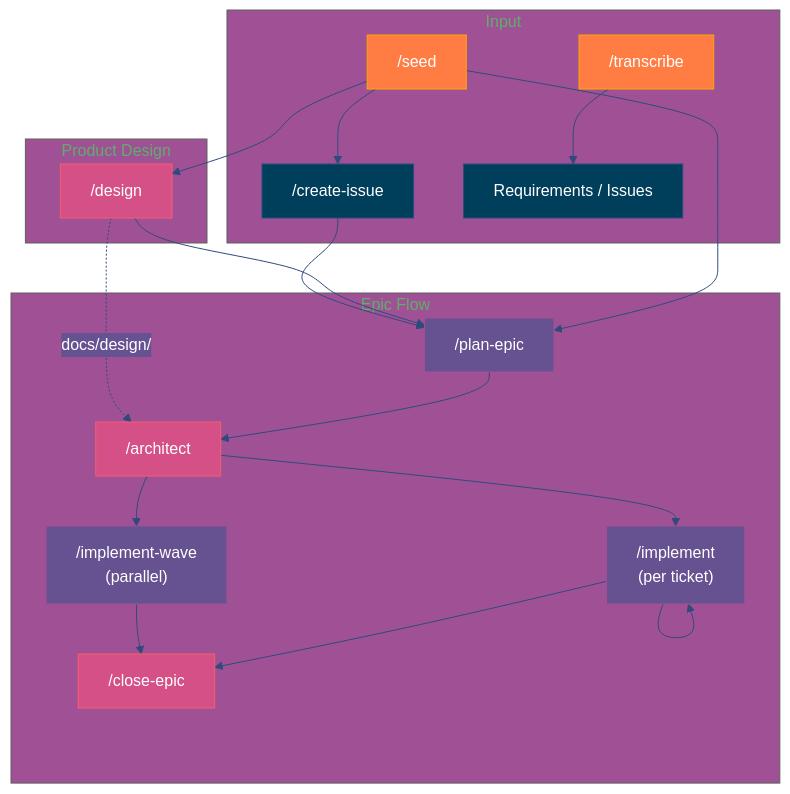
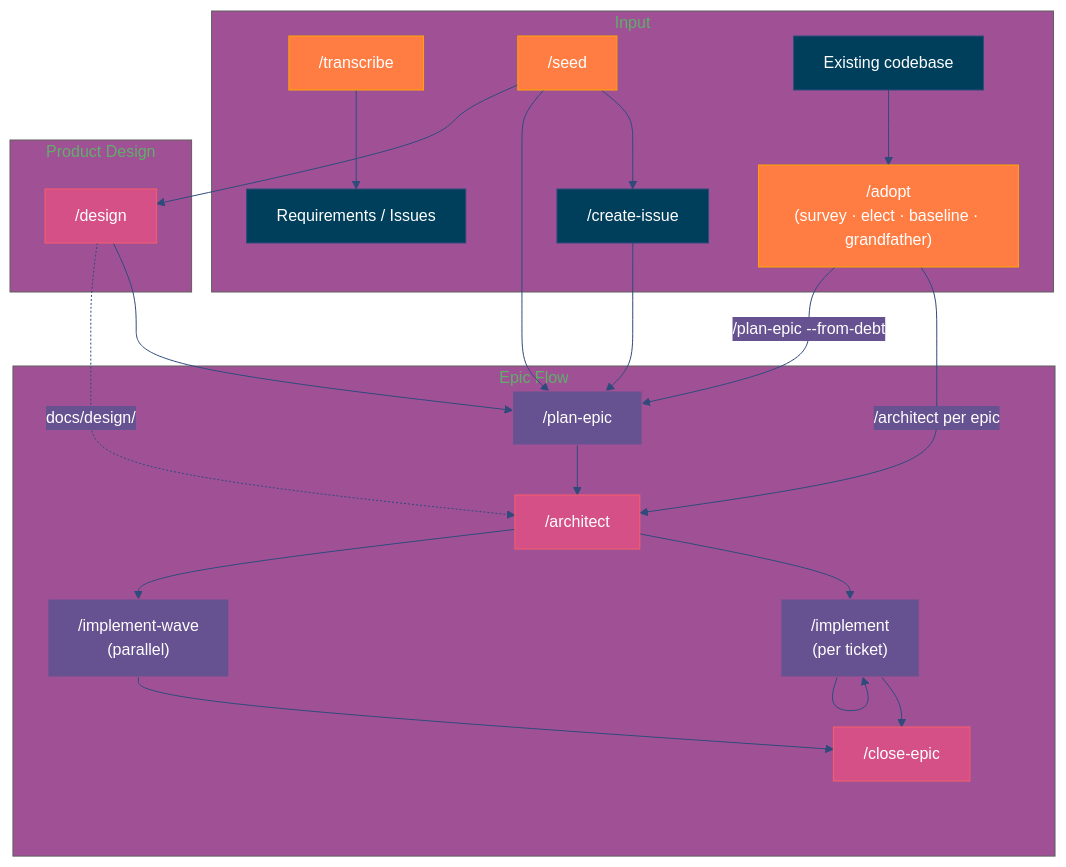
Before and after one commit to plwp/chief-wiggum: the first of 3 diagrams in README.md, drawn with Mermaid. The commit also changed other lines of this file and 14 other files, not shown here.

First line of the commit message:
feat(adopt): /adopt — brownfield entry arrow: survey, elect, real baseline, grandfathering with expiry (#215)

````diff
--- a/README.md
+++ b/README.md
@@ -120,41 +121,46 @@
 ```mermaid
 %%{init: {'theme': 'base', 'themeVariables': {'primaryColor': '#003f5c', 'primaryTextColor': '#fff', 'primaryBorderColor': '#2f4b7c', 'secondaryColor': '#665191', 'tertiaryColor': '#a05195', 'lineColor': '#2f4b7c', 'textColor': '#333'}}}%%
 graph TD
     subgraph "Input"
         A["/transcribe"]:::entry
         B["/seed"]:::entry
         C["/create-issue"]:::default
         D["Requirements / Issues"]:::default
+        X["Existing codebase"]:::default
+        AD["/adopt<br/>(survey · elect · baseline · grandfather)"]:::entry
     end
 
     subgraph "Product Design"
         N["/design"]:::new
     end
 
     subgraph "Epic Flow"
         E["/plan-epic"]:::modified
         F["/architect"]:::new
         G["/implement<br/>(per ticket)"]:::modified
         W["/implement-wave<br/>(parallel)"]:::modified
         H["/close-epic"]:::new
     end
 
     A --> D
     B --> C
     B --> E
     B --> N
     N --> E
     C --> E
     E --> F
+    X --> AD
+    AD -->|"/architect per epic"| F
+    AD -->|"/plan-epic --from-debt"| E
     N -.->|"docs/design/"| F
     F --> G
     F --> W
     G --> G
     G --> H
     W --> H
 
     classDef entry fill:#ff7c43,stroke:#ffa600,color:#fff
     classDef default fill:#003f5c,stroke:#2f4b7c,color:#fff
     classDef modified fill:#665191,stroke:#a05195,color:#fff
     classDef new fill:#d45087,stroke:#f95d6a,color:#fff
 ```
````
